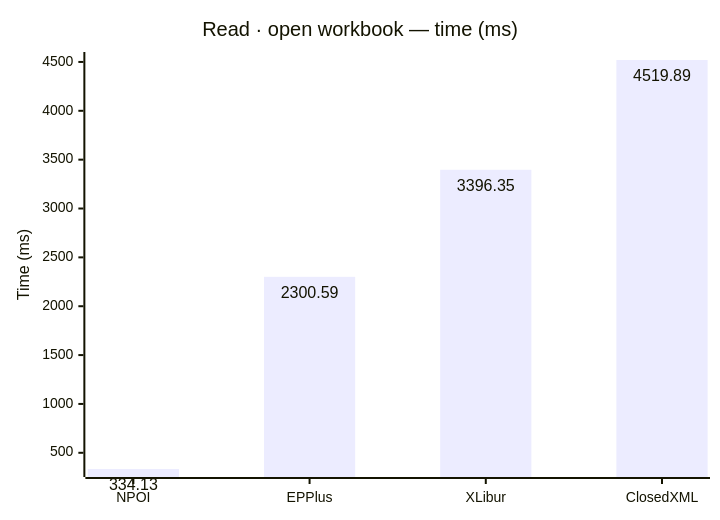
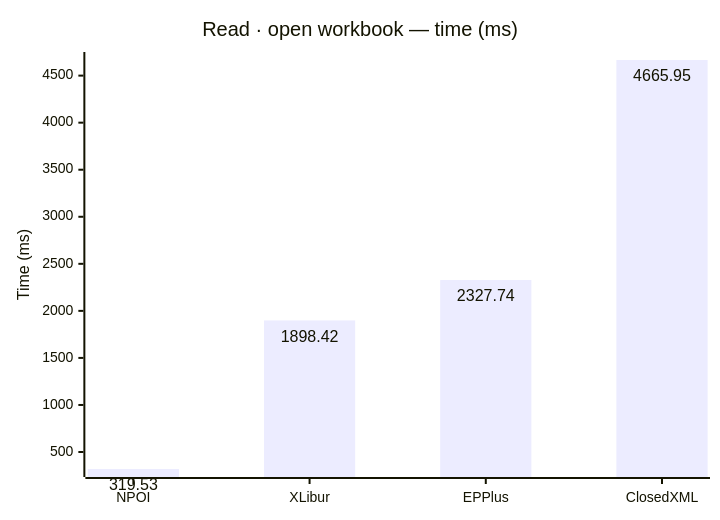
The first of 6 diagrams in docs/results-ci.md (jafin/XLBench), drawn with Mermaid before and after one commit. The commit also changed other lines of this file, not shown here.

````diff
--- a/docs/results-ci.md
+++ b/docs/results-ci.md
@@ -36,12 +36,12 @@
 ```mermaid
 ---
 config:
   xyChart:
     showDataLabel: true
 ---
 xychart-beta
     title "Read · open workbook — time (ms)"
-    x-axis ["NPOI", "EPPlus", "XLibur", "ClosedXML"]
+    x-axis ["NPOI", "XLibur", "EPPlus", "ClosedXML"]
     y-axis "Time (ms)"
-    bar [334.13, 2300.59, 3396.35, 4519.89]
+    bar [319.53, 1898.42, 2327.74, 4665.95]
 ```
````
